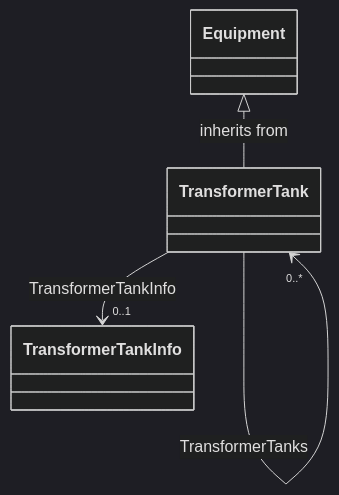
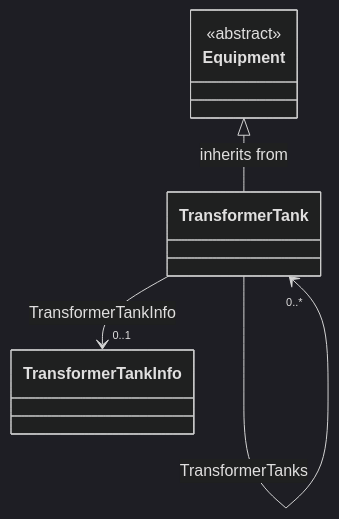
The seventh of 15 diagrams in cimgraph/data_profile/cim18gmdm/asset/Asset.rdfs-t2b.md (PNNL-CIM-Tools/CIM-Graph), drawn with Mermaid (dark theme) before and after one commit. The commit also changed other lines of this file and 9 other files, not shown here.

````diff
--- a/cimgraph/data_profile/cim18gmdm/asset/Asset.rdfs-t2b.md
+++ b/cimgraph/data_profile/cim18gmdm/asset/Asset.rdfs-t2b.md
@@ -517,8 +574,18 @@
 ```mermaid
 classDiagram
-class TransformerTank{
+direction TB
+
+class TransformerTank {
 }
+
+class Equipment {
+<<abstract>>
+}
+
 Equipment <|-- TransformerTank : inherits from
+class TransformerTankInfo {
+}
+
 TransformerTank --> "0..1" TransformerTankInfo : TransformerTankInfo
 TransformerTank --> "0..*" TransformerTank : TransformerTanks
 ```
````
